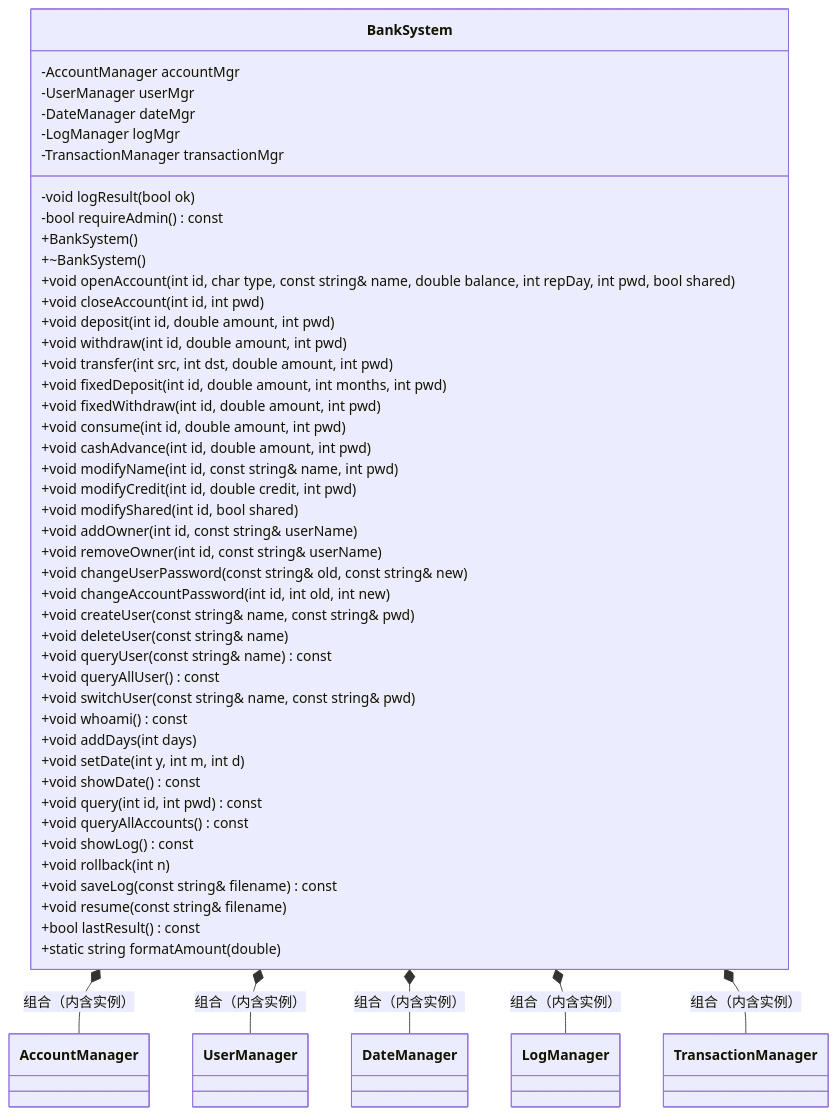
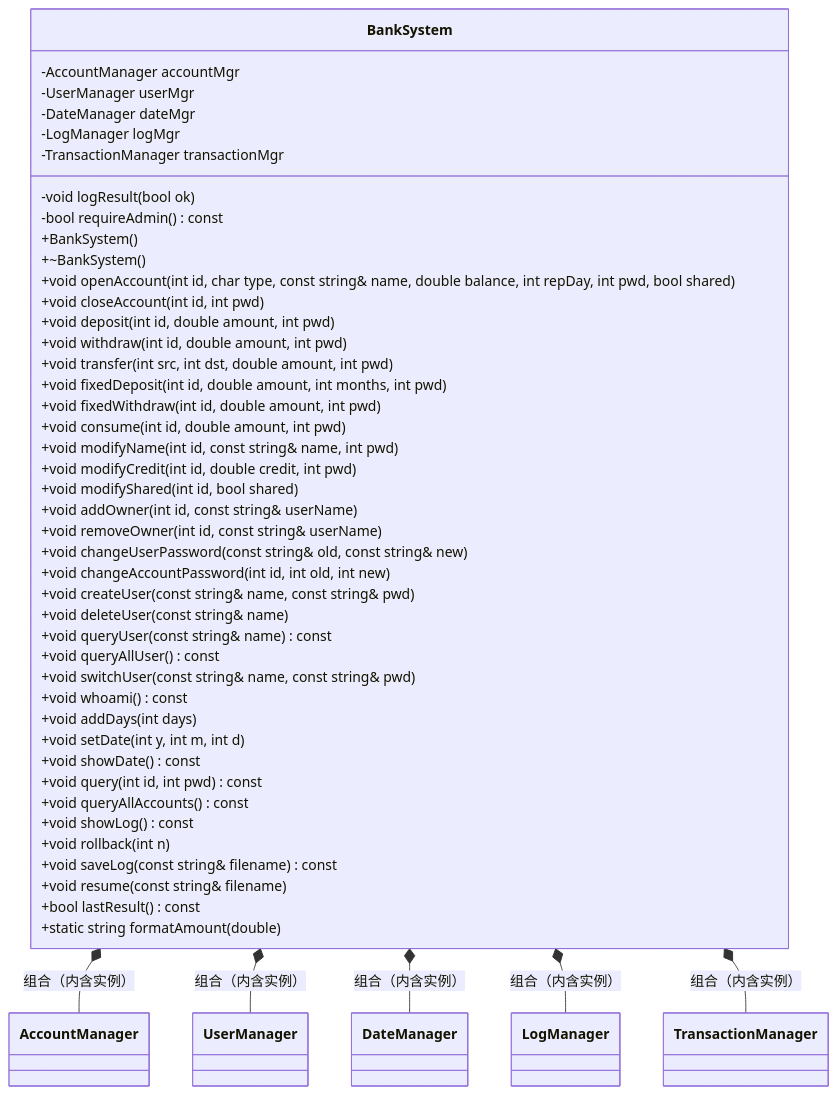
Before and after one commit to Suyouli0527/thu_cpphw_csc: diagram 14 of 17 in include/设计说明书.md, drawn with Mermaid. The commit also changed other lines of this file and 11 other files, not shown here.

First line of the commit message:
Refactor CreditAccount to separate cash advance and consumption debts

````diff
--- a/include/设计说明书.md
+++ b/include/设计说明书.md
@@ -404,54 +394,53 @@
 ```mermaid
 classDiagram
     direction TB
     class BankSystem {
         -AccountManager accountMgr
         -UserManager userMgr
         -DateManager dateMgr
         -LogManager logMgr
         -TransactionManager transactionMgr
         -void logResult(bool ok)
         -bool requireAdmin() const
         +BankSystem()
         +~BankSystem()
         +void openAccount(int id, char type, const string& name, double balance, int repDay, int pwd, bool shared)
         +void closeAccount(int id, int pwd)
         +void deposit(int id, double amount, int pwd)
         +void withdraw(int id, double amount, int pwd)
         +void transfer(int src, int dst, double amount, int pwd)
         +void fixedDeposit(int id, double amount, int months, int pwd)
         +void fixedWithdraw(int id, double amount, int pwd)
         +void consume(int id, double amount, int pwd)
-        +void cashAdvance(int id, double amount, int pwd)
         +void modifyName(int id, const string& name, int pwd)
         +void modifyCredit(int id, double credit, int pwd)
         +void modifyShared(int id, bool shared)
         +void addOwner(int id, const string& userName)
         +void removeOwner(int id, const string& userName)
         +void changeUserPassword(const string& old, const string& new)
         +void changeAccountPassword(int id, int old, int new)
         +void createUser(const string& name, const string& pwd)
         +void deleteUser(const string& name)
         +void queryUser(const string& name) const
         +void queryAllUser() const
         +void switchUser(const string& name, const string& pwd)
         +void whoami() const
         +void addDays(int days)
         +void setDate(int y, int m, int d)
         +void showDate() const
         +void query(int id, int pwd) const
         +void queryAllAccounts() const
         +void showLog() const
         +void rollback(int n)
         +void saveLog(const string& filename) const
         +void resume(const string& filename)
         +bool lastResult() const
         +static string formatAmount(double)
     }
 
     BankSystem *-- AccountManager : 组合（内含实例）
     BankSystem *-- UserManager : 组合（内含实例）
     BankSystem *-- DateManager : 组合（内含实例）
     BankSystem *-- LogManager : 组合（内含实例）
     BankSystem *-- TransactionManager : 组合（内含实例）
 ```
````
